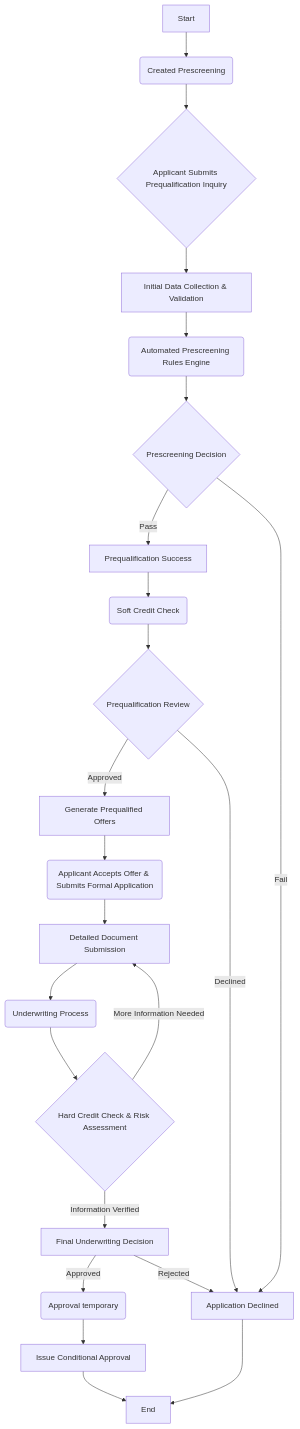
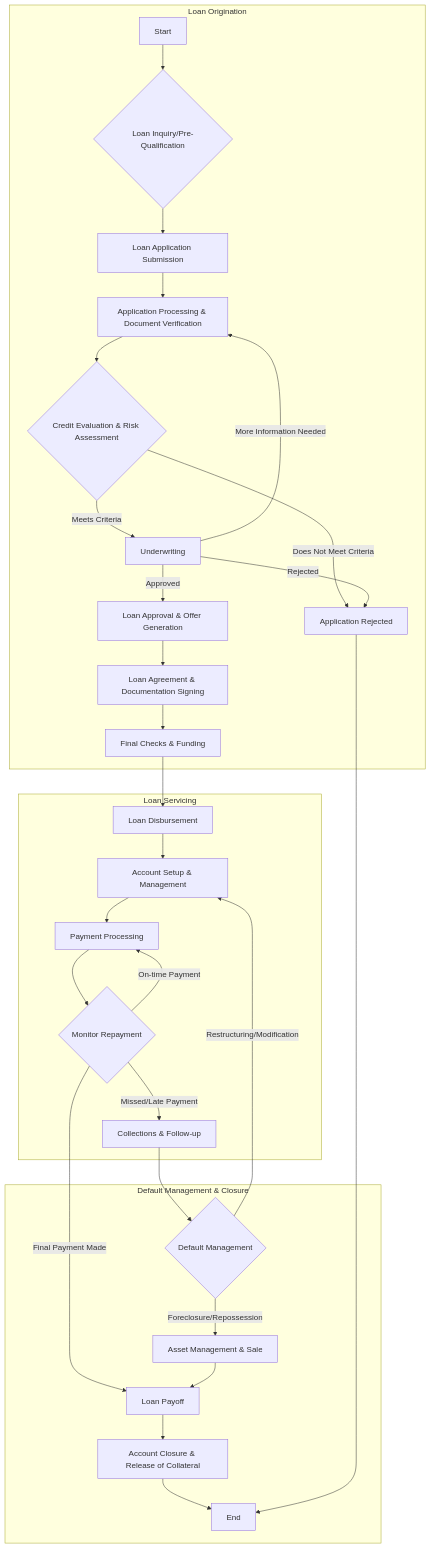
Before and after one commit to Xiang13-gif/business-process-flow-diagrams: the diagram in loan Application .mmd, drawn with Mermaid.

Commit message:
Update loan Application .mmd

```diff
--- a/loan Application .mmd
+++ b/loan Application .mmd
@@ -1,23 +1,34 @@
 flowchart TD
-    A[Start] --> B(Created Prescreening);
-    B --> C{Applicant Submits Prequalification Inquiry};
-    C --> D[Initial Data Collection & Validation];
-    D --> E(Automated Prescreening Rules Engine);
-    E --> F{Prescreening Decision};
-    F -- Pass --> G[Prequalification Success];
-    F -- Fail --> H[Application Declined];
-    G --> I(Soft Credit Check);
-    I --> J{Prequalification Review};
-    J -- Approved --> K[Generate Prequalified Offers];
-    J -- Declined --> H;
-    K --> L(Applicant Accepts Offer & Submits Formal Application);
-    L --> M[Detailed Document Submission];
-    M --> N(Underwriting Process);
-    N --> O{Hard Credit Check & Risk Assessment};
-    O -- Information Verified --> P[Final Underwriting Decision];
-    O -- More Information Needed --> M;
-    P -- Approved --> Q(Approval temporary);
-    P -- Rejected --> H;
-    Q --> R[Issue Conditional Approval];
-    R --> S[End];
-    H --> S;
+        subgraph Loan Origination
+            A[Start] --> B{Loan Inquiry/Pre-Qualification};
+            B --> C[Loan Application Submission];
+            C --> D[Application Processing & Document Verification];
+            D --> E{Credit Evaluation & Risk Assessment};
+            E -- Meets Criteria --> F[Underwriting];
+            E -- Does Not Meet Criteria --> G[Application Rejected];
+            F -- Approved --> H[Loan Approval & Offer Generation];
+            F -- More Information Needed --> D;
+            F -- Rejected --> G;
+            H --> I[Loan Agreement & Documentation Signing];
+            I --> J[Final Checks & Funding];
+        end
+
+        subgraph Loan Servicing
+            J --> K[Loan Disbursement];
+            K --> L[Account Setup & Management];
+            L --> M[Payment Processing];
+            M --> N{Monitor Repayment};
+            N -- On-time Payment --> M;
+            N -- Missed/Late Payment --> O[Collections & Follow-up];
+        end
+
+        subgraph Default Management & Closure
+            O --> P{Default Management};
+            P -- Restructuring/Modification --> L;
+            P -- Foreclosure/Repossession --> Q[Asset Management & Sale];
+            N -- Final Payment Made --> R[Loan Payoff];
+            Q --> R;
+            R --> S[Account Closure & Release of Collateral];
+            S --> T[End];
+            G --> T;
+        end
```
